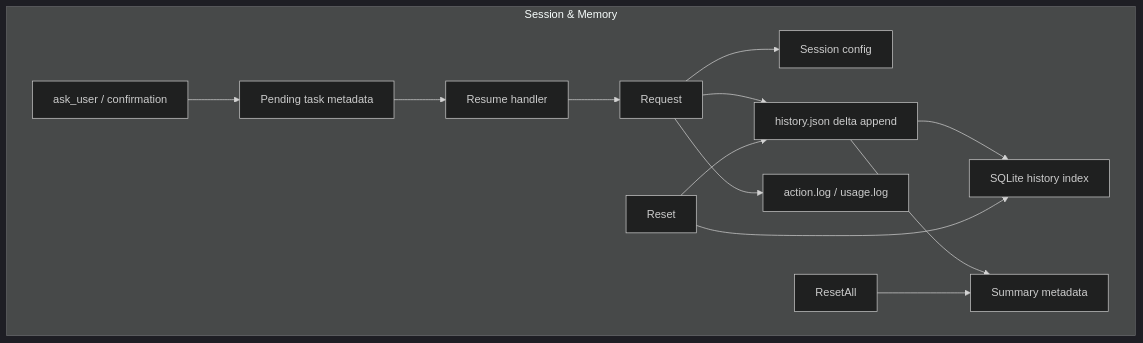
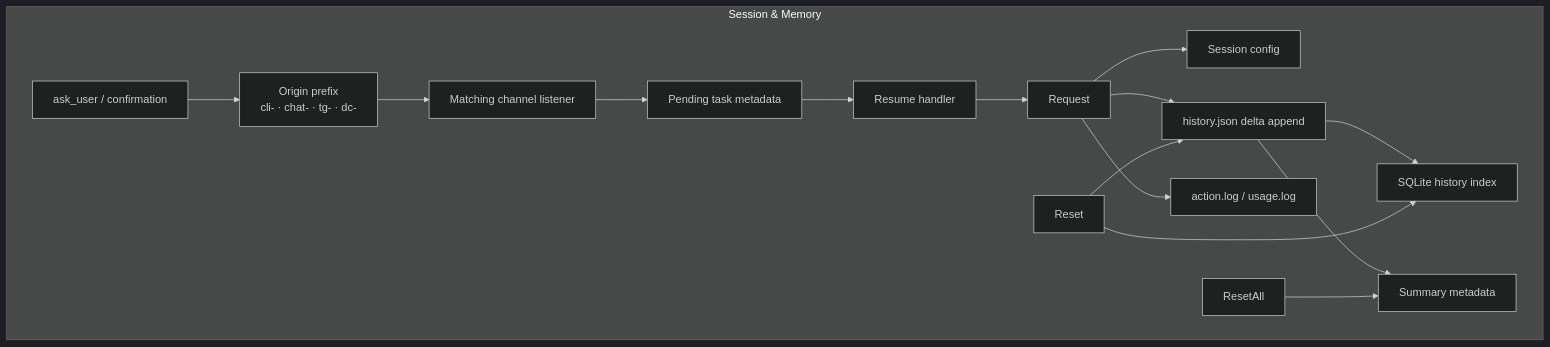
Before and after one commit to agenvoy/Agenvoy: the seventh of 12 diagrams in doc/architecture.md, drawn with Mermaid (dark theme). The commit also changed other lines of this file and 7 other files, not shown here.

````diff
--- a/doc/architecture.md
+++ b/doc/architecture.md
@@ -138,16 +138,18 @@
 ```mermaid
 graph TB
     subgraph Sessions[Session & Memory]
         Request[Request] --> Config[Session config]
         Request --> History[history.json delta append]
         History --> SQLite[SQLite history index]
         History --> Summary[Summary metadata]
         Request --> Logs[action.log / usage.log]
-        Pending[ask_user / confirmation] --> Meta[Pending task metadata]
+        Pending[ask_user / confirmation] --> Origin[Origin prefix<br/>cli- · chat- · tg- · dc-]
+        Origin --> MatchListener[Matching channel listener]
+        MatchListener --> Meta[Pending task metadata]
         Meta --> Resume[Resume handler]
         Resume --> Request
         Reset[Reset] --> History
         Reset --> SQLite
         ResetAll[ResetAll] --> Summary
     end
 ```
````
